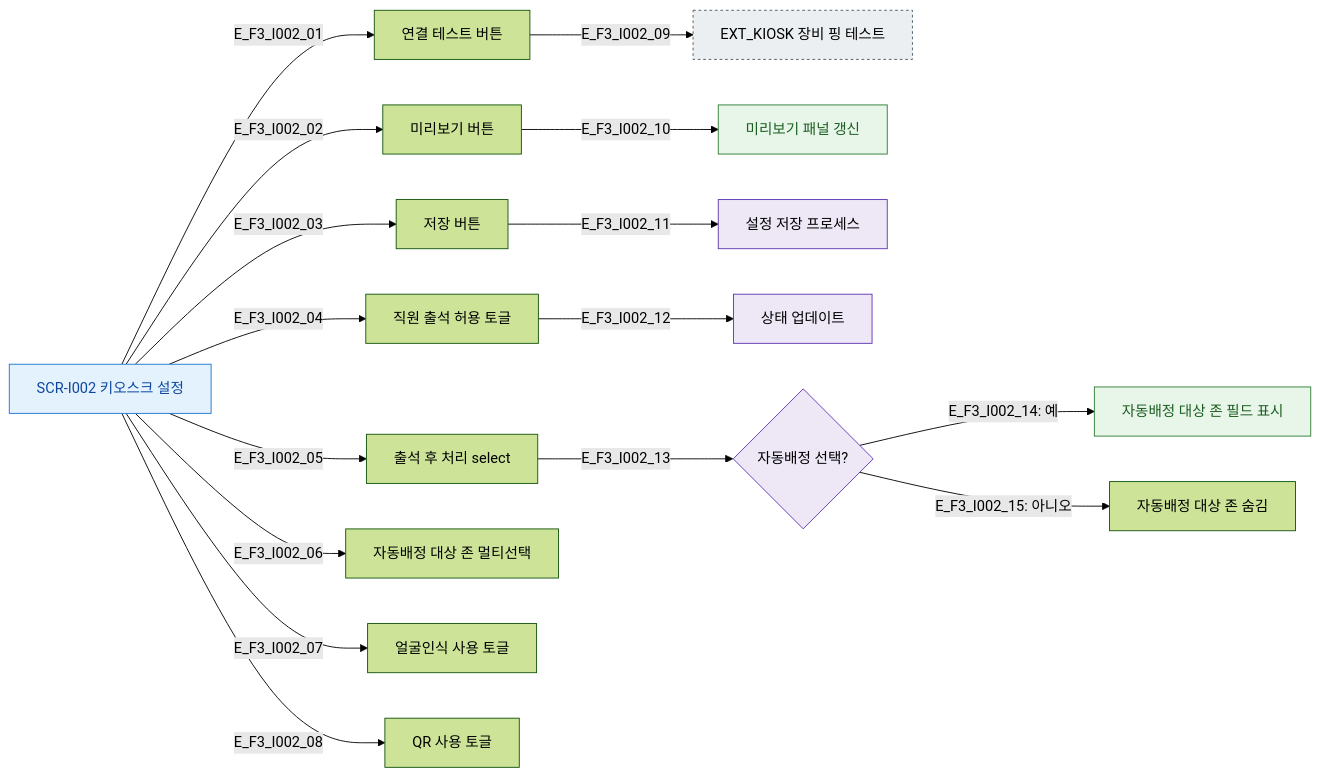
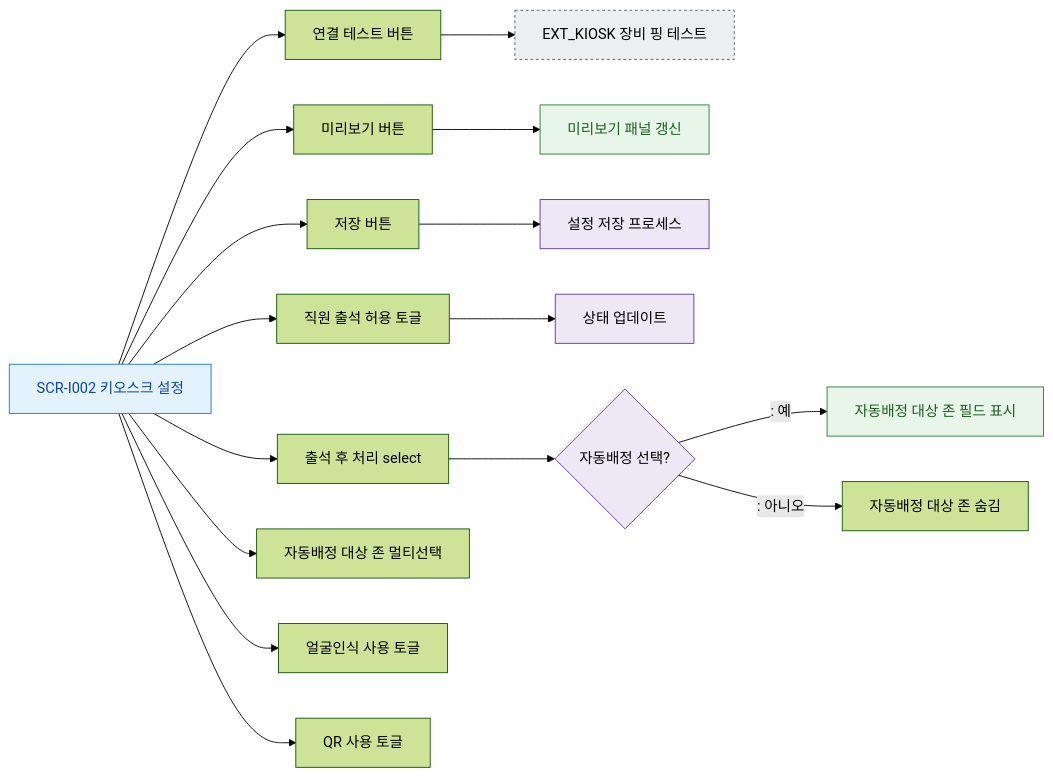
Before and after one commit to dev-spogym/admin-pando: the diagram in docs/다이어그램/D11_통합운영/SCR-I002_키오스크설정/F3_버튼액션.md, drawn with Mermaid (forest theme). The commit also changed other lines of this file and 1660 other files, not shown here.

First line of the commit message:
다이어그램: 기획자/클라이언트 납품본으로 정리

````diff
--- a/docs/다이어그램/D11_통합운영/SCR-I002_키오스크설정/F3_버튼액션.md
+++ b/docs/다이어그램/D11_통합운영/SCR-I002_키오스크설정/F3_버튼액션.md
@@ -16,30 +14,30 @@
 ```mermaid
 flowchart LR
     SCR_I002[SCR-I002 키오스크 설정]
 
-    SCR_I002 -->|E_F3_I002_01| BTN_TEST[연결 테스트 버튼]
-    SCR_I002 -->|E_F3_I002_02| BTN_PREVIEW[미리보기 버튼]
-    SCR_I002 -->|E_F3_I002_03| BTN_SAVE[저장 버튼]
-    SCR_I002 -->|E_F3_I002_04| TOGGLE_STAFF[직원 출석 허용 토글]
-    SCR_I002 -->|E_F3_I002_05| SELECT_AFTER[출석 후 처리 select]
-    SCR_I002 -->|E_F3_I002_06| MULTI_ZONE[자동배정 대상 존 멀티선택]
-    SCR_I002 -->|E_F3_I002_07| TOGGLE_FACE[얼굴인식 사용 토글]
-    SCR_I002 -->|E_F3_I002_08| TOGGLE_QR[QR 사용 토글]
+    SCR_I002 --> BTN_TEST[연결 테스트 버튼]
+    SCR_I002 --> BTN_PREVIEW[미리보기 버튼]
+    SCR_I002 --> BTN_SAVE[저장 버튼]
+    SCR_I002 --> TOGGLE_STAFF[직원 출석 허용 토글]
+    SCR_I002 --> SELECT_AFTER[출석 후 처리 select]
+    SCR_I002 --> MULTI_ZONE[자동배정 대상 존 멀티선택]
+    SCR_I002 --> TOGGLE_FACE[얼굴인식 사용 토글]
+    SCR_I002 --> TOGGLE_QR[QR 사용 토글]
 
-    BTN_TEST -->|E_F3_I002_09| EXT_KIOSK[EXT_KIOSK 장비 핑 테스트]
-    BTN_PREVIEW -->|E_F3_I002_10| PREVIEW_PANEL[미리보기 패널 갱신]
-    BTN_SAVE -->|E_F3_I002_11| SAVE_PROC[설정 저장 프로세스]
-    TOGGLE_STAFF -->|E_F3_I002_12| STATE_UPDATE[상태 업데이트]
-    SELECT_AFTER -->|E_F3_I002_13| COND_SHOW{자동배정 선택?}
-    COND_SHOW -->|"E_F3_I002_14: 예"| SHOW_ZONE[자동배정 대상 존 필드 표시]
-    COND_SHOW -->|"E_F3_I002_15: 아니오"| HIDE_ZONE[자동배정 대상 존 숨김]
+    BTN_TEST --> EXT_KIOSK[EXT_KIOSK 장비 핑 테스트]
+    BTN_PREVIEW --> PREVIEW_PANEL[미리보기 패널 갱신]
+    BTN_SAVE --> SAVE_PROC[설정 저장 프로세스]
+    TOGGLE_STAFF --> STATE_UPDATE[상태 업데이트]
+    SELECT_AFTER --> COND_SHOW{자동배정 선택?}
+    COND_SHOW -->|": 예"|SHOW_ZONE[자동배정 대상 존 필드 표시]
+    COND_SHOW -->|": 아니오"|HIDE_ZONE[자동배정 대상 존 숨김]
 
-    classDef screen       fill:#E3F2FD,stroke:#1976D2,color:#0D47A1
-    classDef external     fill:#ECEFF1,stroke:#455A64,stroke-dasharray:3 3
-    classDef system       fill:#EDE7F6,stroke:#5E35B2
-    classDef success      fill:#E8F5E9,stroke:#2E7D32,color:#1B5E20
+    classDef screen fill:#E3F2FD,stroke:#1976D2,color:#0D47A1
+    classDef external fill:#ECEFF1,stroke:#455A64,stroke-dasharray:3 3
+    classDef system fill:#EDE7F6,stroke:#5E35B2
+    classDef success fill:#E8F5E9,stroke:#2E7D32,color:#1B5E20
     class SCR_I002 screen
     class EXT_KIOSK external
     class SAVE_PROC,STATE_UPDATE,COND_SHOW system
     class PREVIEW_PANEL,SHOW_ZONE success
 ```
````
